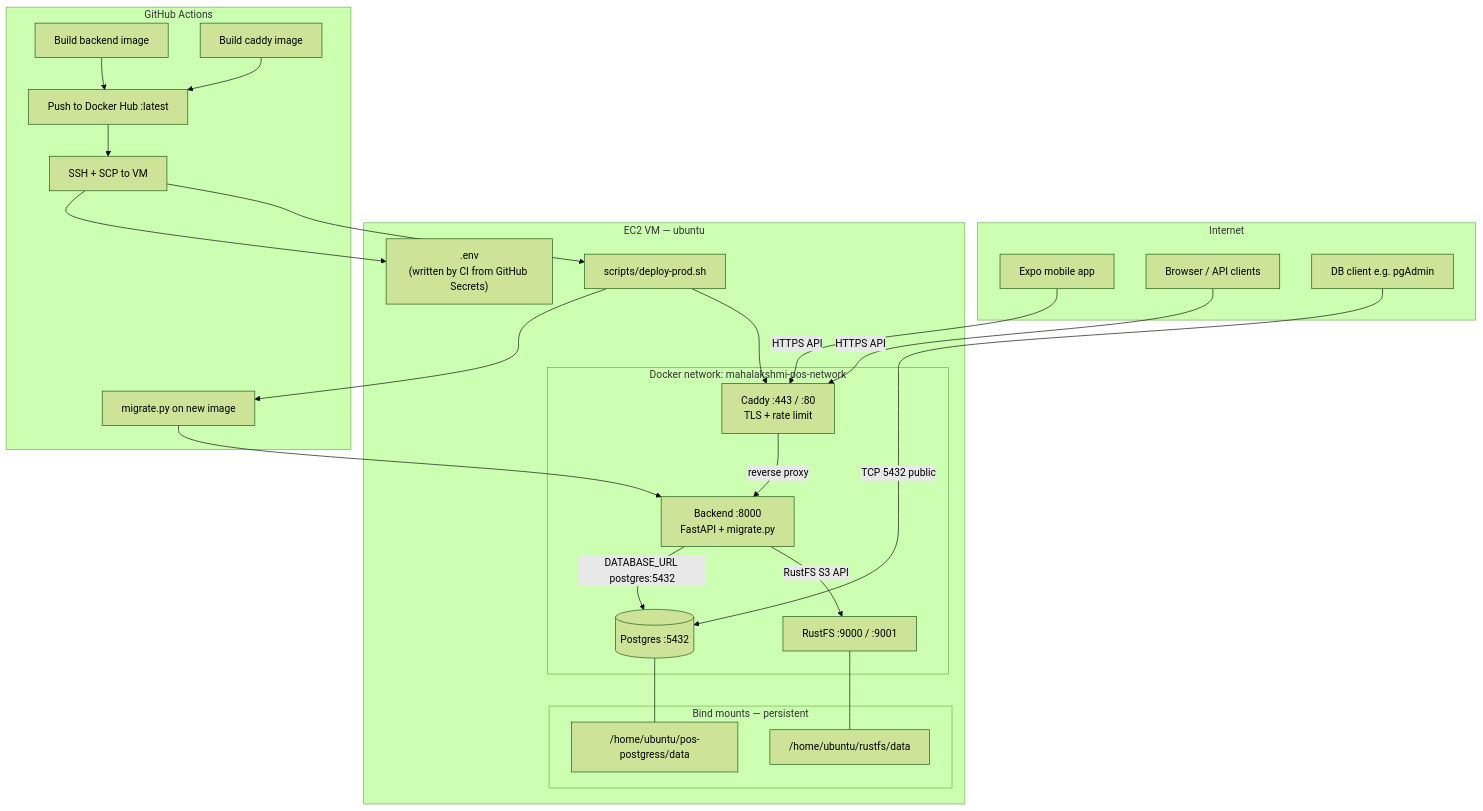
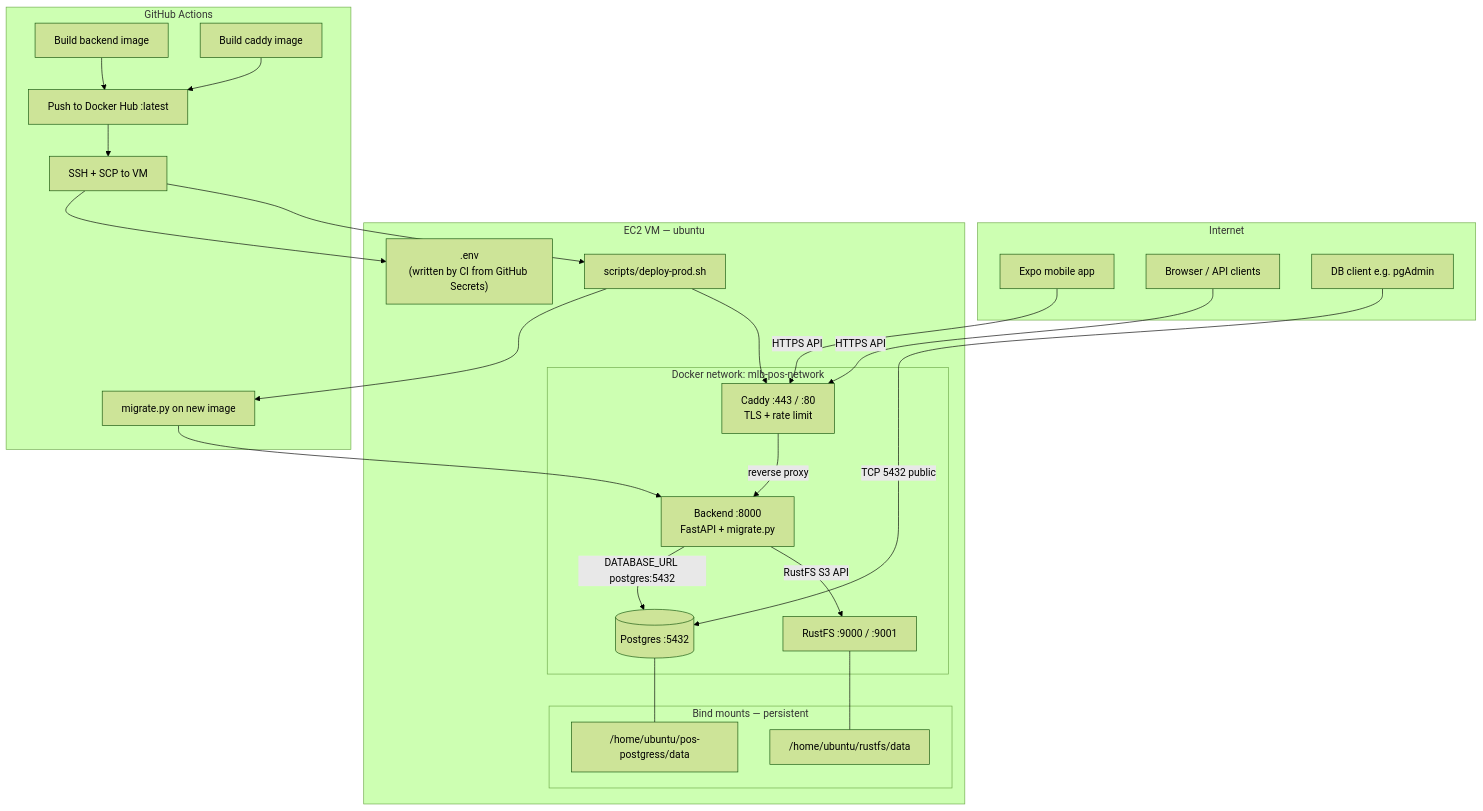
Before and after one commit to durozen-technologies/Duro_POS: the diagram in README.md, drawn with Mermaid (forest theme). The commit also changed other lines of this file and 13 other files, not shown here.

````diff
--- a/README.md
+++ b/README.md
@@ -167,52 +165,52 @@
 ```mermaid
 flowchart TB
   subgraph internet [Internet]
     Mobile[Expo mobile app]
     Admin[Browser / API clients]
     DBA[DB client e.g. pgAdmin]
   end
 
   subgraph ec2 [EC2 VM — ubuntu]
-    subgraph network [Docker network: mahalakshmi-pos-network]
+    subgraph network [Docker network: mlb-pos-network]
       Caddy[Caddy :443 / :80\nTLS + rate limit]
       Backend[Backend :8000\nFastAPI + migrate.py]
       Postgres[(Postgres :5432)]
       RustFS[RustFS :9000 / :9001]
     end
 
     subgraph host_mounts [Bind mounts — persistent]
       PGData["/home/ubuntu/pos-postgress/data"]
       RFData["/home/ubuntu/rustfs/data"]
     end
 
     EnvFile[".env\n(written by CI from GitHub Secrets)"]
     DeployScript["scripts/deploy-prod.sh"]
   end
 
   subgraph cicd [GitHub Actions]
     BuildBE[Build backend image]
     BuildCaddy[Build caddy image]
     Push[Push to Docker Hub :latest]
     SSHDeploy[SSH + SCP to VM]
     Migrate[migrate.py on new image]
   end
 
   Mobile -->|HTTPS API| Caddy
   Admin -->|HTTPS API| Caddy
   Caddy -->|reverse proxy| Backend
   Backend -->|DATABASE_URL postgres:5432| Postgres
   Backend -->|RustFS S3 API| RustFS
   DBA -->|TCP 5432 public| Postgres
 
   Postgres --- PGData
   RustFS --- RFData
 
   BuildBE --> Push
   BuildCaddy --> Push
   Push --> SSHDeploy
   SSHDeploy --> EnvFile
   SSHDeploy --> DeployScript
   DeployScript --> Migrate
   Migrate --> Backend
   DeployScript --> Caddy
 ```
````
